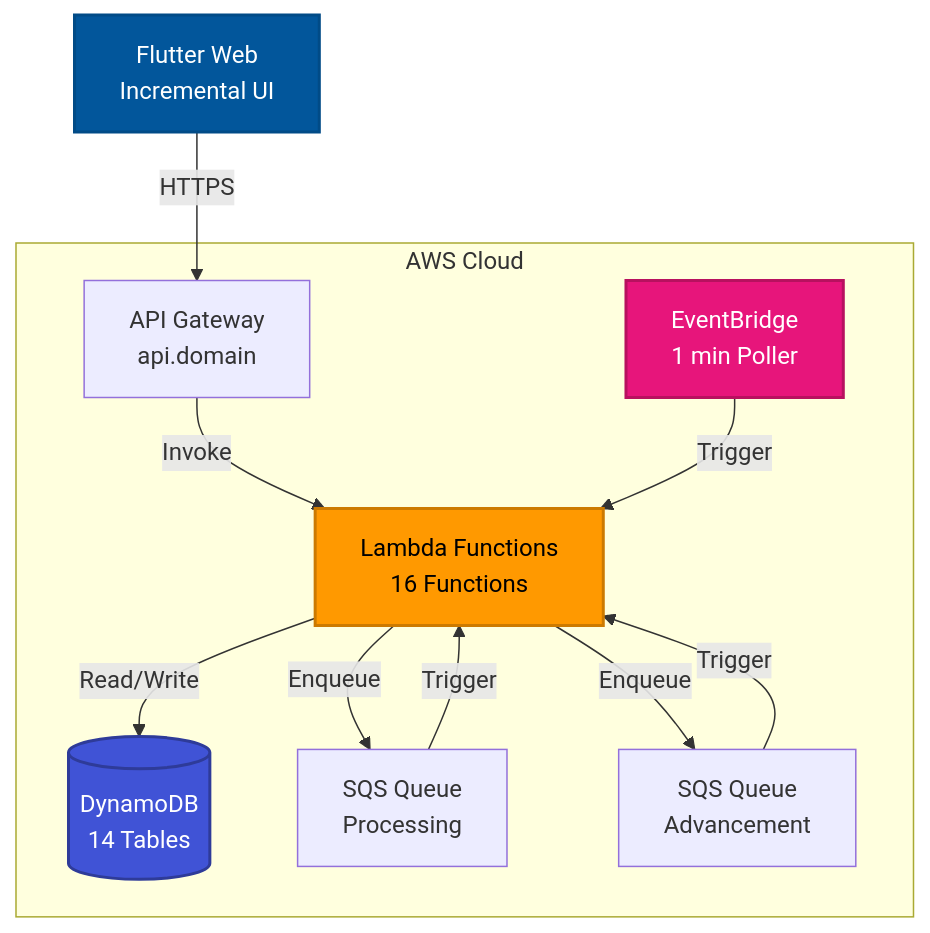
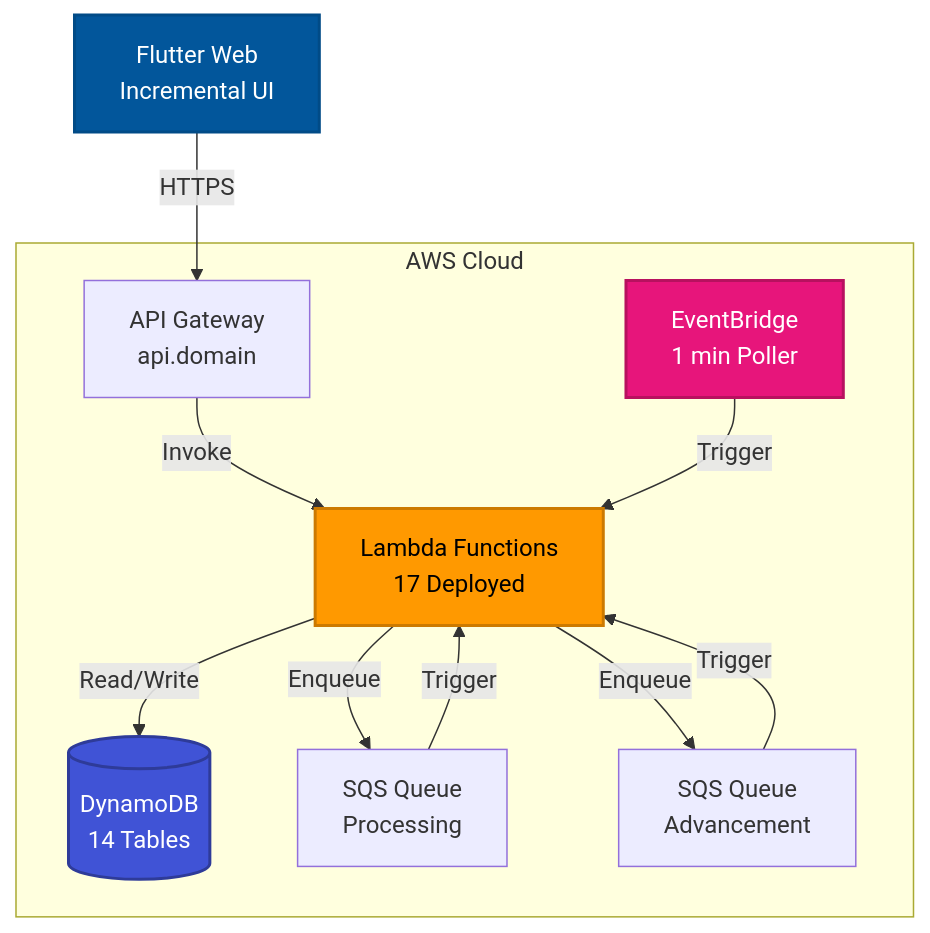
The diagram in documentation/incremental-design.md (darkrelics/eidolon-engine), drawn with Mermaid before and after one commit. The commit also changed other lines of this file and 17 other files, not shown here.

````diff
--- a/documentation/incremental-design.md
+++ b/documentation/incremental-design.md
@@ -7,27 +7,27 @@
 ```mermaid
 graph TB
     Flutter[Flutter Web<br/>Incremental UI]
 
     subgraph "AWS Cloud"
         APIGW[API Gateway<br/>api.domain]
-        Lambda[Lambda Functions<br/>16 Functions]
+        Lambda[Lambda Functions<br/>17 Deployed]
         DynamoDB[(DynamoDB<br/>14 Tables)]
         EventBridge[EventBridge<br/>1 min Poller]
         ProcessQ[SQS Queue<br/>Processing]
         AdvanceQ[SQS Queue<br/>Advancement]
     end
 
     Flutter -->|HTTPS| APIGW
     APIGW -->|Invoke| Lambda
     Lambda -->|Read/Write| DynamoDB
     Lambda -->|Enqueue| ProcessQ
     EventBridge -->|Trigger| Lambda
     Lambda -->|Enqueue| AdvanceQ
     ProcessQ -->|Trigger| Lambda
     AdvanceQ -->|Trigger| Lambda
 
     style Flutter fill:#02569B,stroke:#014B87,stroke-width:2px,color:#fff
     style Lambda fill:#FF9900,stroke:#CC7A00,stroke-width:2px,color:#000
     style DynamoDB fill:#4053D6,stroke:#2E3B99,stroke-width:2px,color:#fff
     style EventBridge fill:#E7157B,stroke:#B8115F,stroke-width:2px,color:#fff
 ```
````
